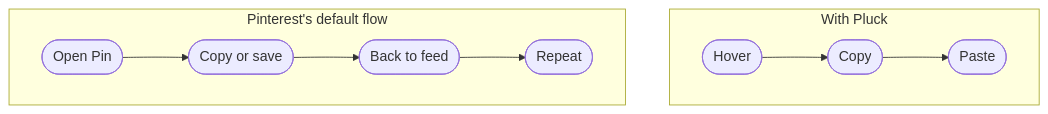
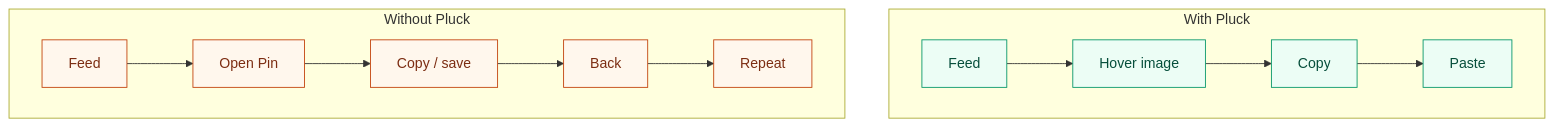
Before and after one commit to Bbrizly/pluck: the first of 3 diagrams in README.md, drawn with Mermaid. The commit also changed other lines of this file, not shown here.

````diff
--- a/README.md
+++ b/README.md
@@ -26,12 +28,19 @@
 ```mermaid
 flowchart LR
-  subgraph before["Pinterest's default flow"]
+  subgraph old["Without Pluck"]
     direction LR
-    a1([Open Pin]) --> a2([Copy or save]) --> a3([Back to feed]) --> a4([Repeat])
+    oldFeed["Feed"] --> oldOpen["Open Pin"] --> oldCopy["Copy / save"] --> oldBack["Back"] --> oldRepeat["Repeat"]
   end
-  subgraph after["With Pluck"]
+
+  subgraph new["With Pluck"]
     direction LR
-    b1([Hover]) --> b2([Copy]) --> b3([Paste])
+    newFeed["Feed"] --> newHover["Hover image"] --> newCopy["Copy"] --> newPaste["Paste"]
   end
-  before ~~~ after
+
+  old ~~~ new
+
+  classDef oldPath fill:#fff7ed,stroke:#c2410c,color:#7c2d12;
+  classDef newPath fill:#ecfdf5,stroke:#059669,color:#064e3b;
+  class oldFeed,oldOpen,oldCopy,oldBack,oldRepeat oldPath;
+  class newFeed,newHover,newCopy,newPaste newPath;
 ```
````
